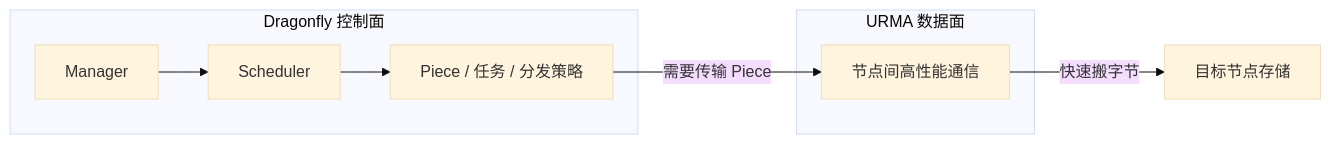
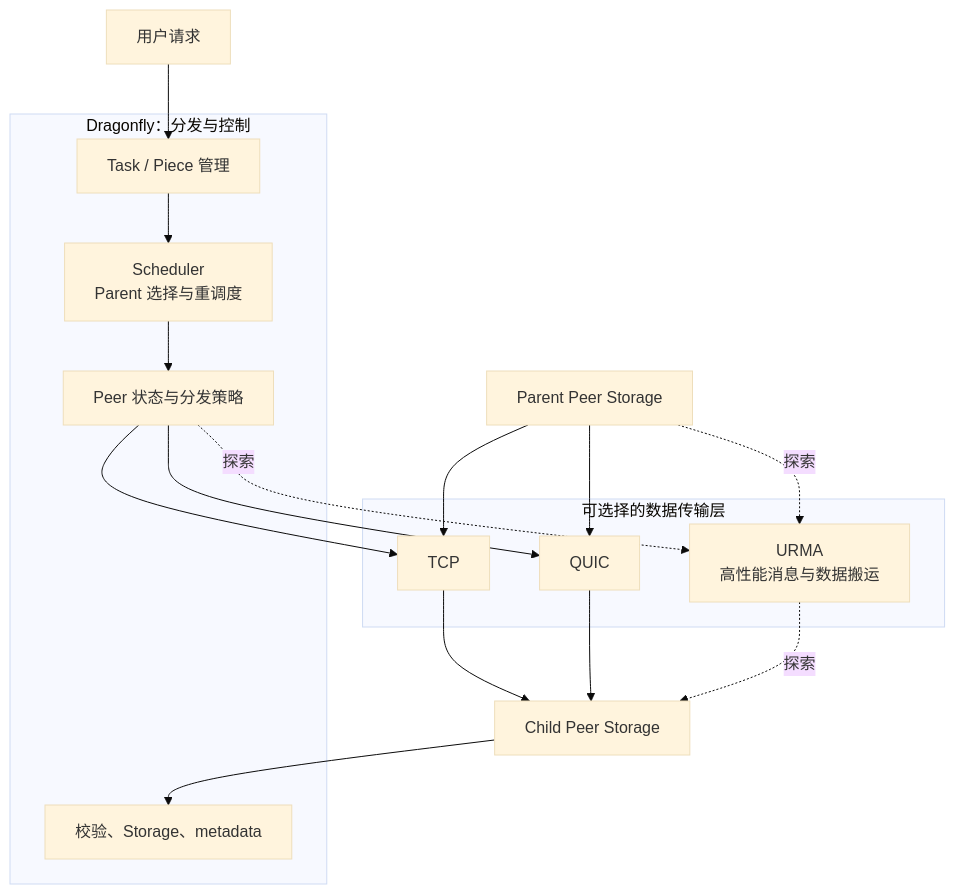
One commit to YIYUANYUAN1116/engineering-lab changed diagram 13 of 13 in share/dragonfly-urma-basic-sharing.md. Above: the diagram before and after it, drawn with Mermaid (base theme). The commit also changed other lines of this file and 1 other file, not shown here.

````diff
--- a/share/dragonfly-urma-basic-sharing.md
+++ b/share/dragonfly-urma-basic-sharing.md
@@ -509,15 +683,29 @@
-```mermaid
-flowchart LR
-    subgraph Dragonfly 控制面
-        M[Manager]
-        S[Scheduler]
-        P[Piece / 任务 / 分发策略]
+~~~mermaid
+flowchart TB
+    U[用户请求]
+
+    subgraph Dragonfly[Dragonfly：分发与控制]
+      T[Task / Piece 管理]
+      S[Scheduler<br/>Parent 选择与重调度]
+      P[Peer 状态与分发策略]
+      V[校验、Storage、metadata]
     end
-    subgraph URMA 数据面
-        U[节点间高性能通信]
+
+    subgraph Transport[可选择的数据传输层]
+      TCP[TCP]
+      QUIC[QUIC]
+      URMA[URMA<br/>高性能消息与数据搬运]
     end
-    M --> S
-    S --> P
-    P -->|需要传输 Piece| U
-    U -->|快速搬字节| D[目标节点存储]
-```
+
+    PP[Parent Peer Storage]
+    CP[Child Peer Storage]
+
+    U --> T --> S --> P
+    PP --> TCP --> CP
+    PP --> QUIC --> CP
+    PP -.探索.-> URMA -.探索.-> CP
+    P --> TCP
+    P --> QUIC
+    P -.探索.-> URMA
+    CP --> V
+~~~
````
